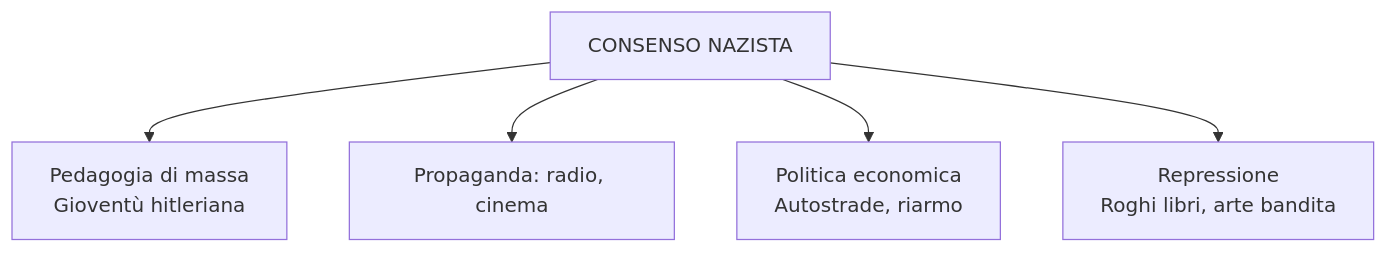
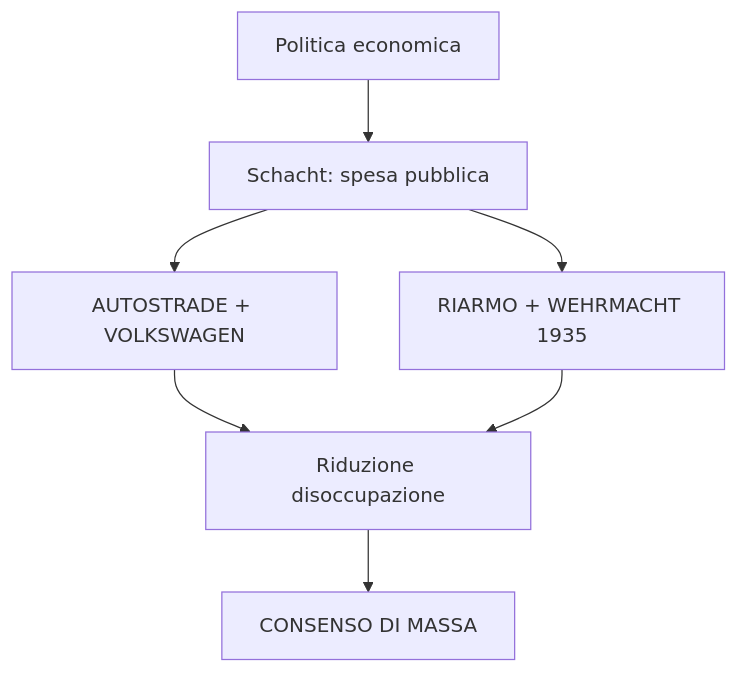
One commit to riccardo-algorime/appunti-5Bsa changed the fourth of 6 diagrams in storia/materiale/studio/capitolo_3.11_studio_riassunto.md. Above: the diagram before and after it, drawn with Mermaid. The commit also changed other lines of this file and 5 other files, not shown here.

````diff
--- a/storia/materiale/studio/capitolo_3.11_studio_riassunto.md
+++ b/storia/materiale/studio/capitolo_3.11_studio_riassunto.md
@@ -172,7 +128,9 @@
 ```mermaid
 flowchart TD
-    A[CONSENSO NAZISTA] --> B[Pedagogia di massa<br/>Gioventù hitleriana]
-    A --> C[Propaganda: radio, cinema]
-    A --> D[Politica economica<br/>Autostrade, riarmo]
-    A --> E[Repressione<br/>Roghi libri, arte bandita]
+    A[Politica economica] --> B[Schacht: spesa pubblica]
+    B --> C[AUTOSTRADE + VOLKSWAGEN]
+    B --> D[RIARMO + WEHRMACHT 1935]
+    C --> E[Riduzione disoccupazione]
+    D --> E
+    E --> F[CONSENSO DI MASSA]
 ```
````
